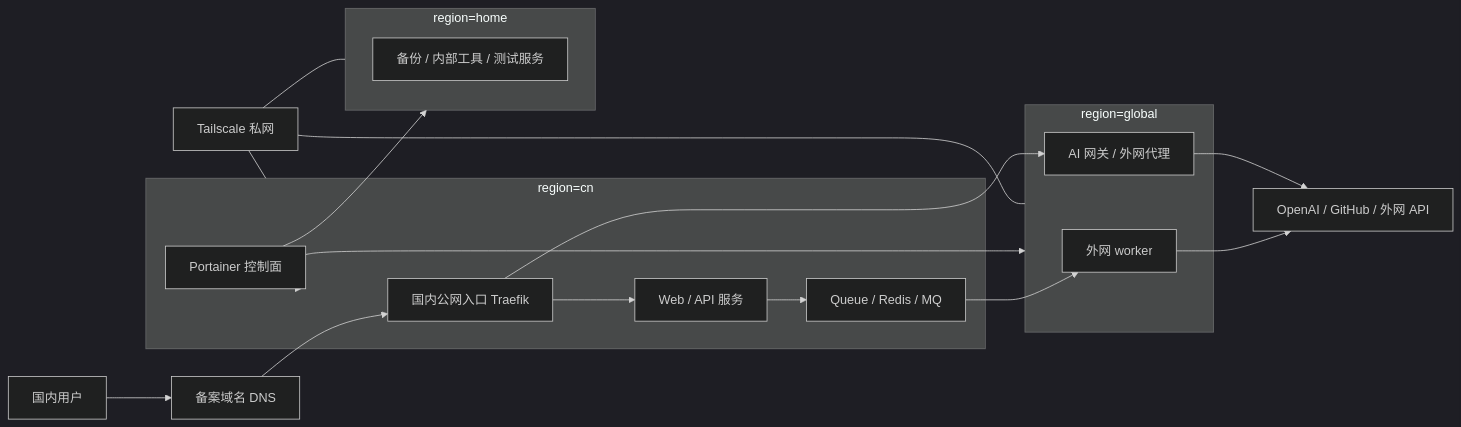
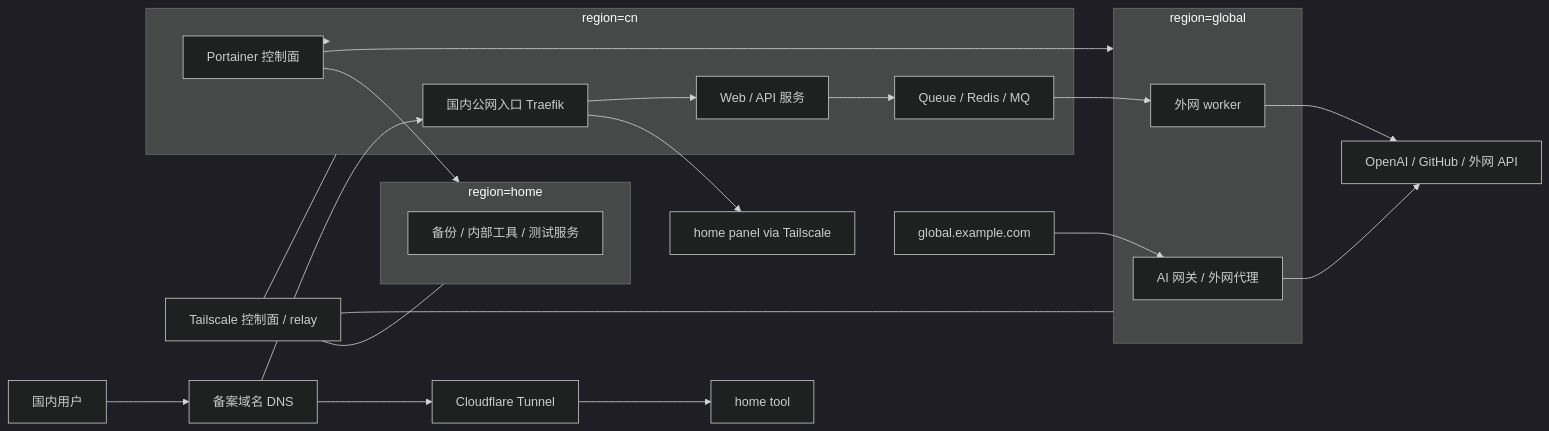
The diagram in docs/architecture.md (LiuTianjie/luma), drawn with Mermaid (dark theme) before and after one commit. The commit also changed other lines of this file and 34 other files, not shown here.

````diff
--- a/docs/architecture.md
+++ b/docs/architecture.md
@@ -18,31 +20,34 @@
 ```mermaid
 flowchart LR
   user["国内用户"] --> dns["备案域名 DNS"]
   dns --> traefik["国内公网入口 Traefik"]
 
   subgraph cn["region=cn"]
     traefik --> web["Web / API 服务"]
     web --> queue["Queue / Redis / MQ"]
     portainer["Portainer 控制面"]
   end
 
   subgraph global["region=global"]
     worker["外网 worker"]
     gateway["AI 网关 / 外网代理"]
   end
 
   subgraph home["region=home"]
     backup["备份 / 内部工具 / 测试服务"]
   end
 
   queue --> worker
-  traefik --> gateway
+  dns --> cf["Cloudflare Tunnel"]
+  cf --> home_tool["home tool"]
+  traefik --> home_panel["home panel via Tailscale"]
+  global_dns["global.example.com"] --> gateway
   worker --> internet["OpenAI / GitHub / 外网 API"]
   gateway --> internet
   portainer --> cn
   portainer --> global
   portainer --> home
-  tailscale["Tailscale 私网"] --- cn
+  tailscale["Tailscale 控制面 / relay"] --- cn
   tailscale --- global
   tailscale --- home
 ```
````
